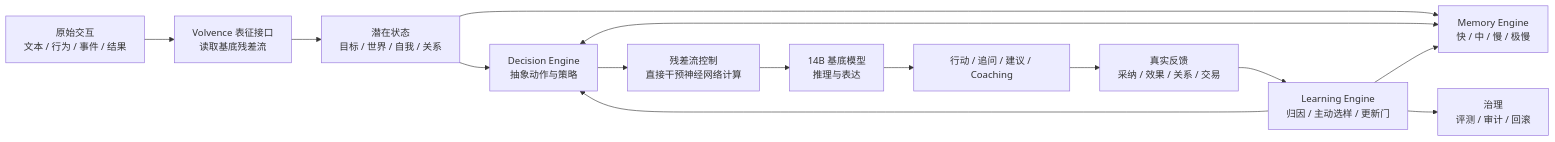
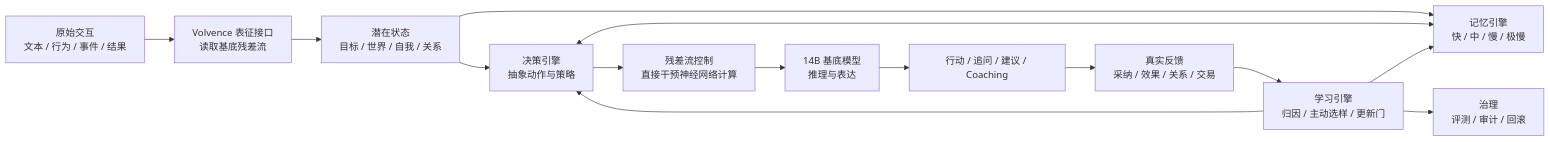
Before and after one commit to ronaldzgithub/VolvenceZero: the diagram in docs/business/BP/0723/volvence-technical-investor-pitch-deck-short-cn.md, drawn with Mermaid. The commit also changed other lines of this file and 64 other files, not shown here.

````diff
--- a/docs/business/BP/0723/volvence-technical-investor-pitch-deck-short-cn.md
+++ b/docs/business/BP/0723/volvence-technical-investor-pitch-deck-short-cn.md
@@ -45,16 +44,16 @@
 ```mermaid
 flowchart LR
     A["原始交互<br/>文本 / 行为 / 事件 / 结果"] --> B["Volvence 表征接口<br/>读取基底残差流"]
     B --> S["潜在状态<br/>目标 / 世界 / 自我 / 关系"]
-    S --> D["Decision Engine<br/>抽象动作与策略"]
-    S --> M["Memory Engine<br/>快 / 中 / 慢 / 极慢"]
+    S --> D["决策引擎<br/>抽象动作与策略"]
+    S --> M["记忆引擎<br/>快 / 中 / 慢 / 极慢"]
     D <--> M
     D --> R["残差流控制<br/>直接干预神经网络计算"]
     R --> L["14B 基底模型<br/>推理与表达"]
     L --> O["行动 / 追问 / 建议 / Coaching"]
     O --> F["真实反馈<br/>采纳 / 效果 / 关系 / 交易"]
-    F --> C["Learning Engine<br/>归因 / 主动选样 / 更新门"]
+    F --> C["学习引擎<br/>归因 / 主动选样 / 更新门"]
     C --> D
     C --> M
     C --> G["治理<br/>评测 / 审计 / 回滚"]
 ```
````
